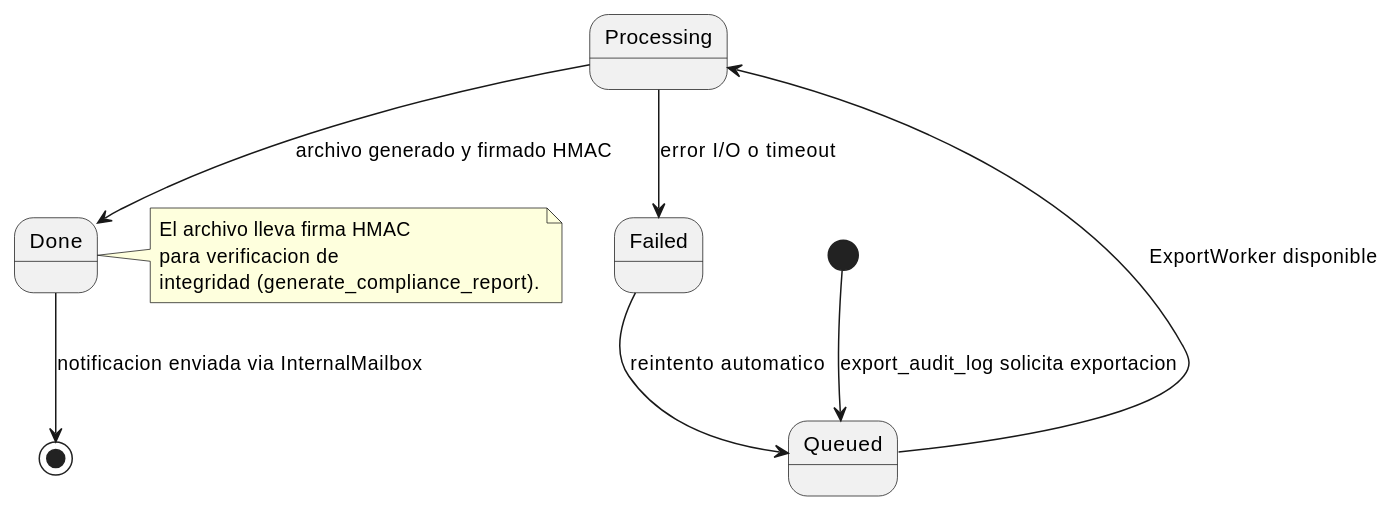
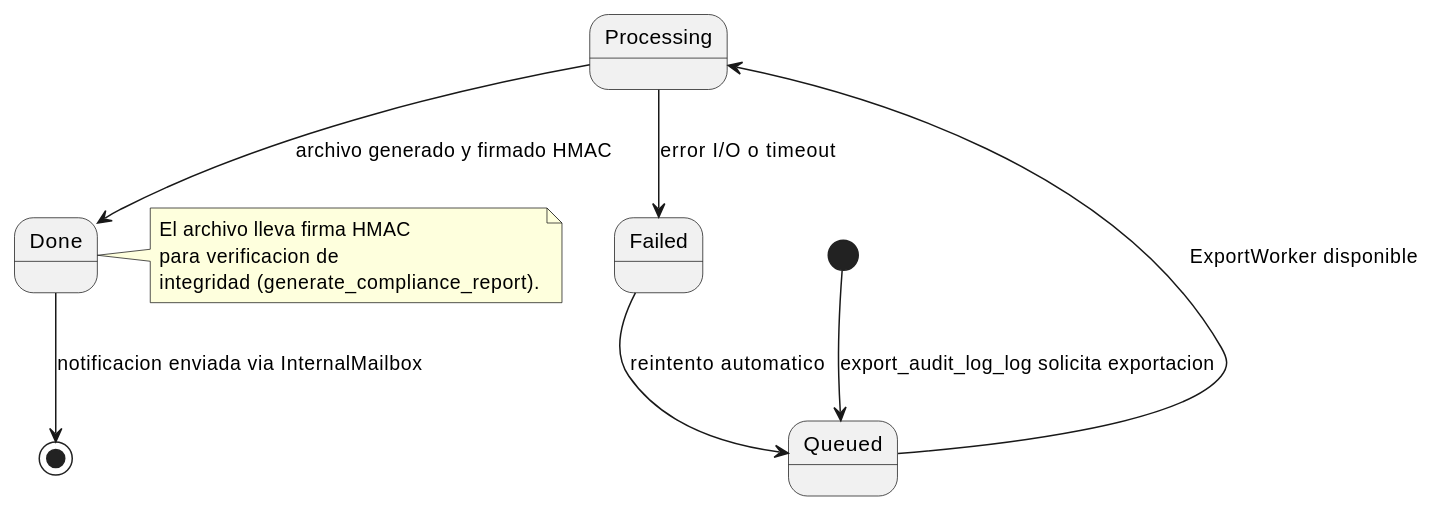
Before and after one commit to jcg-admin/IACT-docs: the second of 3 diagrams in source/arquitectura-tecnica/modulos/audit/diagramas.rst, drawn with PlantUML. The commit also changed other lines of this file and 108 other files, not shown here.

First line of the commit message:
Apply catalog function names to non-diagram RST files

```diff
--- a/source/arquitectura-tecnica/modulos/audit/diagramas.rst
+++ b/source/arquitectura-tecnica/modulos/audit/diagramas.rst
@@ -40,19 +40,19 @@
 .. uml::
  :caption: Estado del job de exportacion de audit log (UC_AUD_03).
 
  @startuml
 
- [*] --> Queued : export_audit_log solicita exportacion
+ [*] --> Queued : export_audit_log_log solicita exportacion
  Queued --> Processing : ExportWorker disponible
  Processing --> Done : archivo generado y firmado HMAC
  Processing --> Failed : error I/O o timeout
  Done --> [*] : notificacion enviada via InternalMailbox
  Failed --> Queued : reintento automatico
 
  note right of Done
    El archivo lleva firma HMAC
    para verificacion de
    integridad (generate_compliance_report).
  end note
 
  @enduml
```
